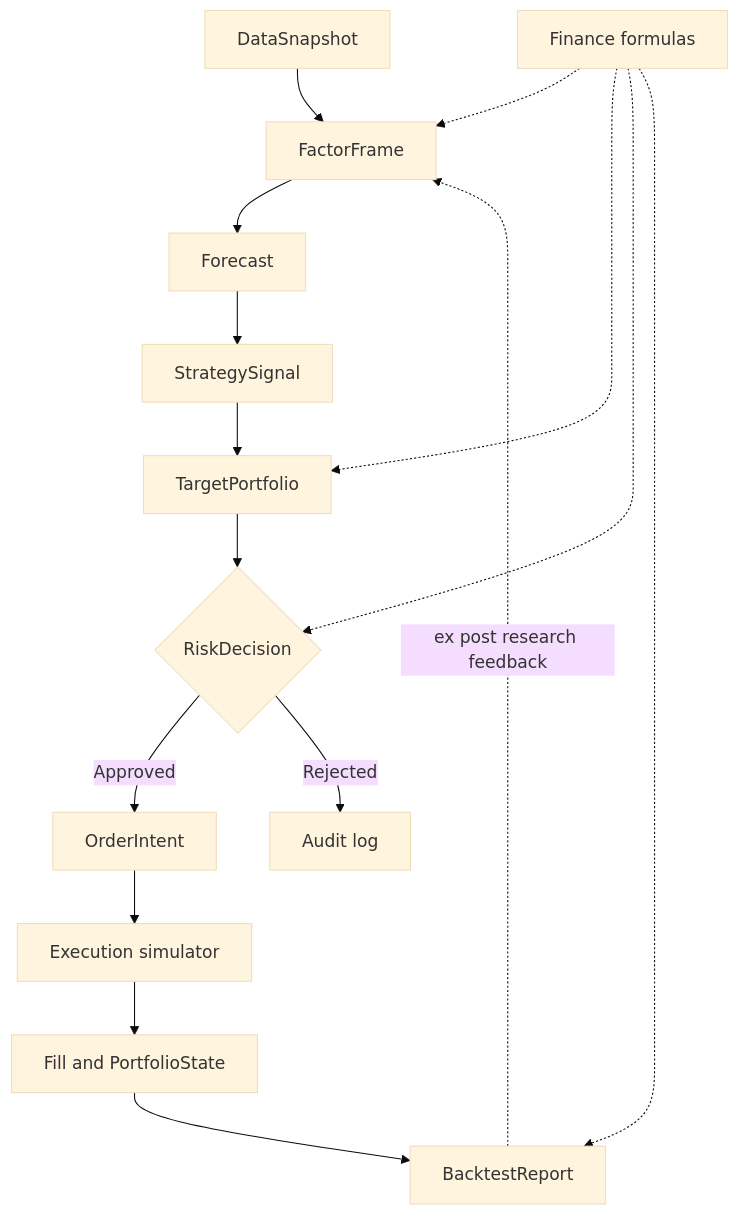
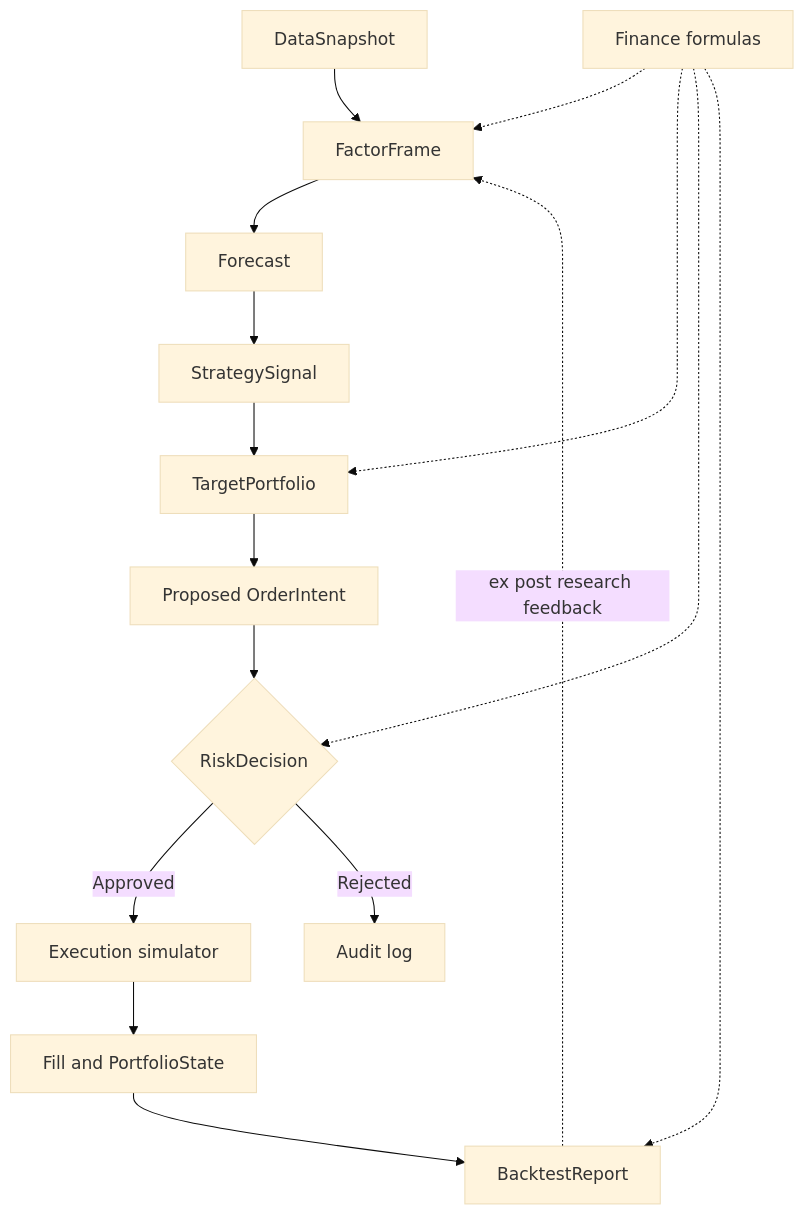
One commit to 1998x-stack/nano-quant changed the diagram in docs/architecture/overview.md. Above: the diagram before and after it, drawn with Mermaid (base theme).

Commit message:
docs(architecture): place risk approval after order planning

````diff
--- a/docs/architecture/overview.md
+++ b/docs/architecture/overview.md
@@ -38,18 +38,18 @@
 ```mermaid
 flowchart TD
     A[DataSnapshot] --> B[FactorFrame]
     B --> C[Forecast]
     C --> D[StrategySignal]
     D --> E[TargetPortfolio]
-    E --> F{RiskDecision}
-    F -->|Approved| G[OrderIntent]
+    E --> G[Proposed OrderIntent]
+    G --> F{RiskDecision}
+    F -->|Approved| H[Execution simulator]
     F -->|Rejected| L[Audit log]
-    G --> H[Execution simulator]
     H --> I[Fill and PortfolioState]
     I --> J[BacktestReport]
     J -.ex post research feedback.-> B
     K[Finance formulas] -.-> B
     K -.-> E
     K -.-> F
     K -.-> J
 ```
````
